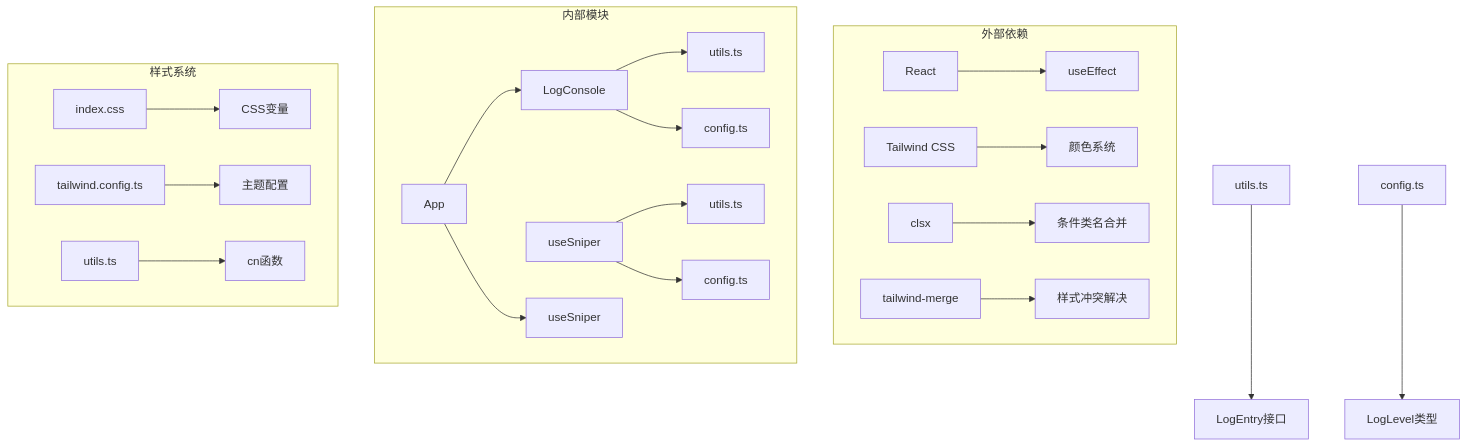
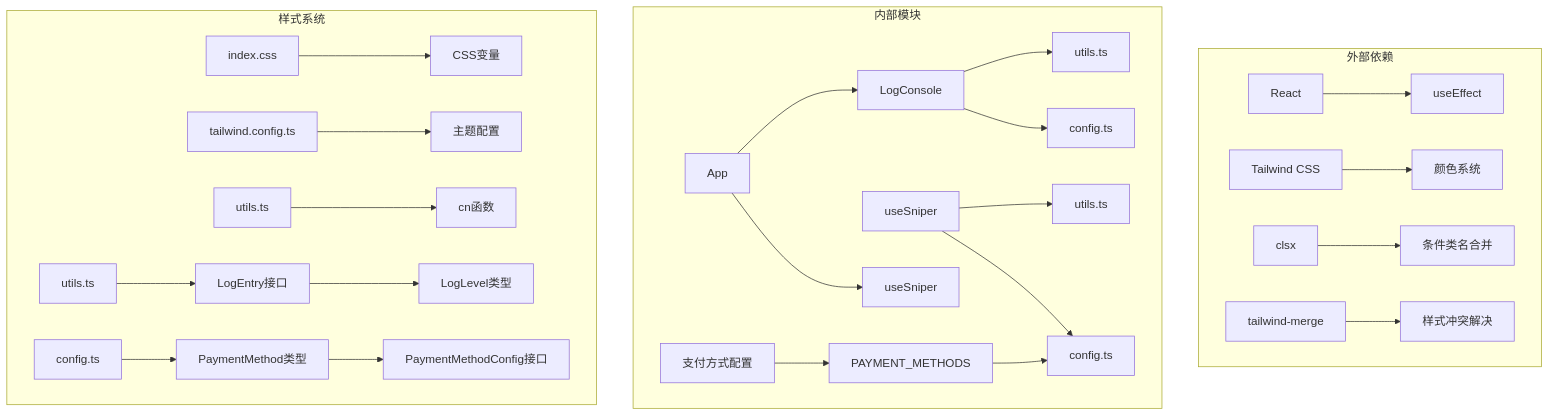
One commit to 16499259-oss/GLM-sniper changed the ninth of 9 diagrams in .qoder/repowiki/zh/content/监控系统/实时日志系统.md. Above: the diagram before and after it, drawn with Mermaid. The commit also changed other lines of this file and 3 other files, not shown here.

````diff
--- a/.qoder/repowiki/zh/content/监控系统/实时日志系统.md
+++ b/.qoder/repowiki/zh/content/监控系统/实时日志系统.md
@@ -296,24 +334,28 @@
 ```mermaid
 graph TB
 subgraph "外部依赖"
 A[React] --> B[useEffect]
 C[Tailwind CSS] --> D[颜色系统]
 E[clsx] --> F[条件类名合并]
 G[tailwind-merge] --> H[样式冲突解决]
 end
 subgraph "内部模块"
 I[LogConsole] --> J[utils.ts]
 I --> K[config.ts]
 L[useSniper] --> M[utils.ts]
 L --> N[config.ts]
 O[App] --> I
 O --> P[useSniper]
+Q[PAYMENT_METHODS] --> N
+R[支付方式配置] --> Q
 end
 subgraph "样式系统"
-Q[index.css] --> R[CSS变量]
-S[tailwind.config.ts] --> T[主题配置]
-U[utils.ts] --> V[cn函数]
+S[index.css] --> T[CSS变量]
+U[tailwind.config.ts] --> V[主题配置]
+W[utils.ts] --> X[cn函数]
+Y[utils.ts] --> Z[LogEntry接口]
+Z --> AA[LogLevel类型]
+BB[config.ts] --> CC[PaymentMethod类型]
+CC --> DD[PaymentMethodConfig接口]
 end
-W[utils.ts] --> X[LogEntry接口]
-Y[config.ts] --> Z[LogLevel类型]
 ```
````
